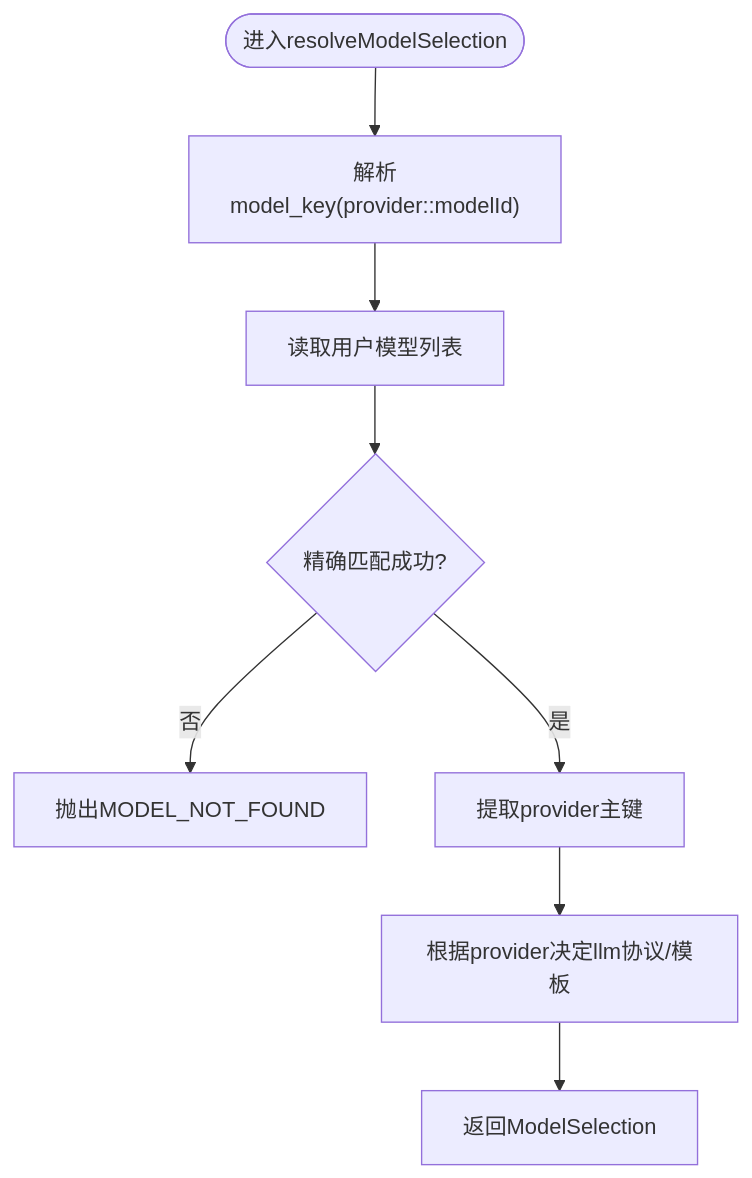
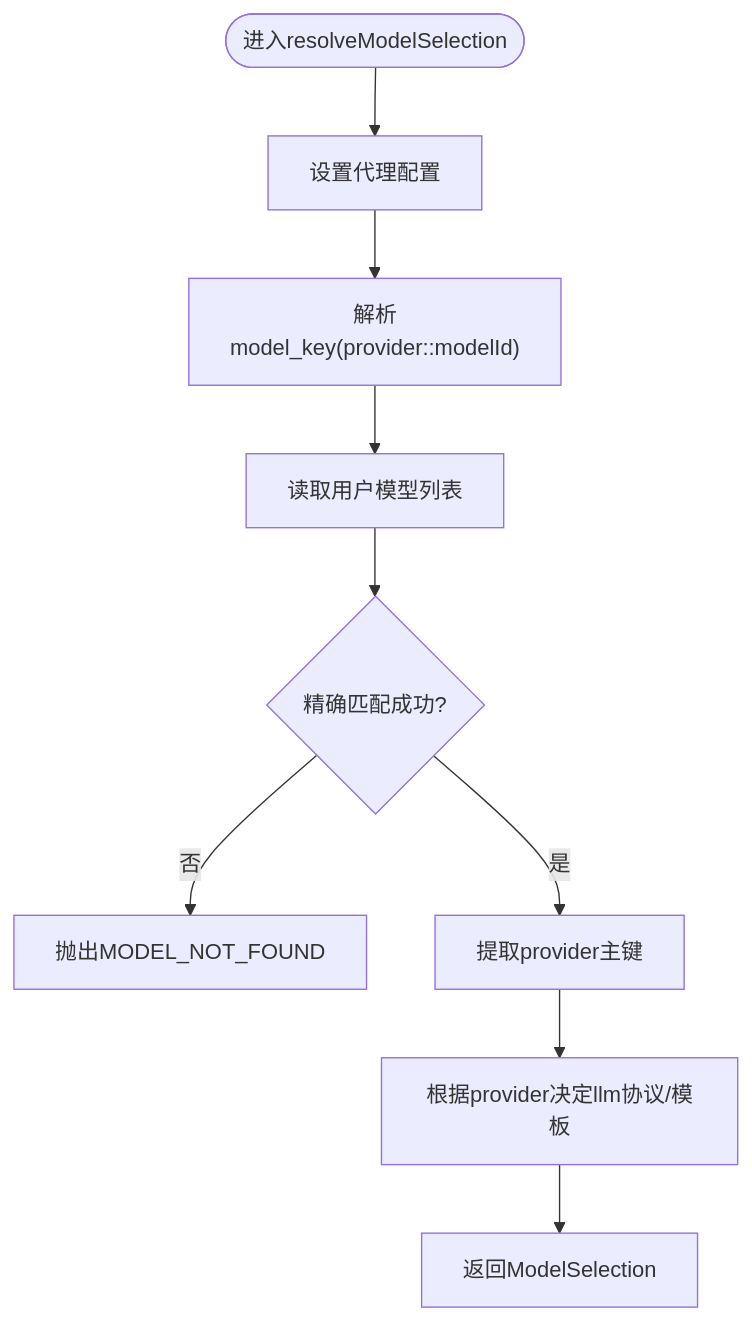
One commit to lyl2021/waoowaoo changed the third of 10 diagrams in .qoder/repowiki/zh/content/AI服务集成/API配置管理.md. Above: the diagram before and after it, drawn with Mermaid. The commit also changed other lines of this file and 15 other files, not shown here.

````diff
--- a/.qoder/repowiki/zh/content/AI服务集成/API配置管理.md
+++ b/.qoder/repowiki/zh/content/AI服务集成/API配置管理.md
@@ -160,10 +187,11 @@
 ```mermaid
 flowchart TD
-Start(["进入resolveModelSelection"]) --> Parse["解析model_key(provider::modelId)"]
+Start(["进入resolveModelSelection"]) --> Proxy["设置代理配置"]
+Proxy --> Parse["解析model_key(provider::modelId)"]
 Parse --> Load["读取用户模型列表"]
 Load --> Find{"精确匹配成功?"}
 Find -- 否 --> Error["抛出MODEL_NOT_FOUND"]
 Find -- 是 --> ProviderKey["提取provider主键"]
 ProviderKey --> Protocol["根据provider决定llm协议/模板"]
 Protocol --> Return["返回ModelSelection"]
 ```
````
